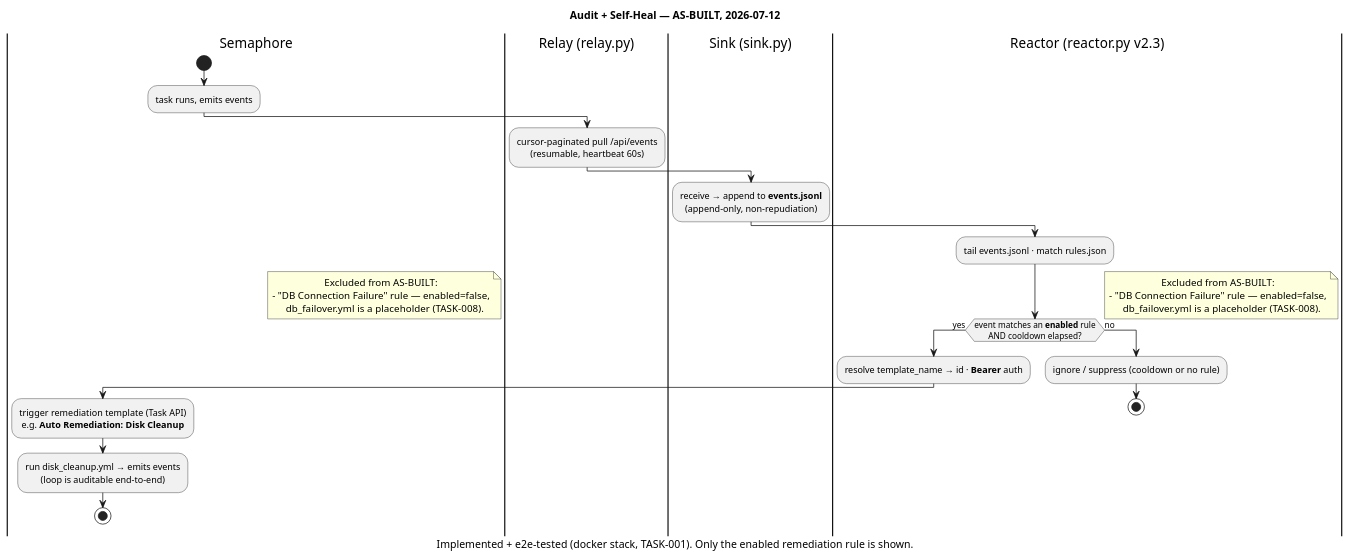
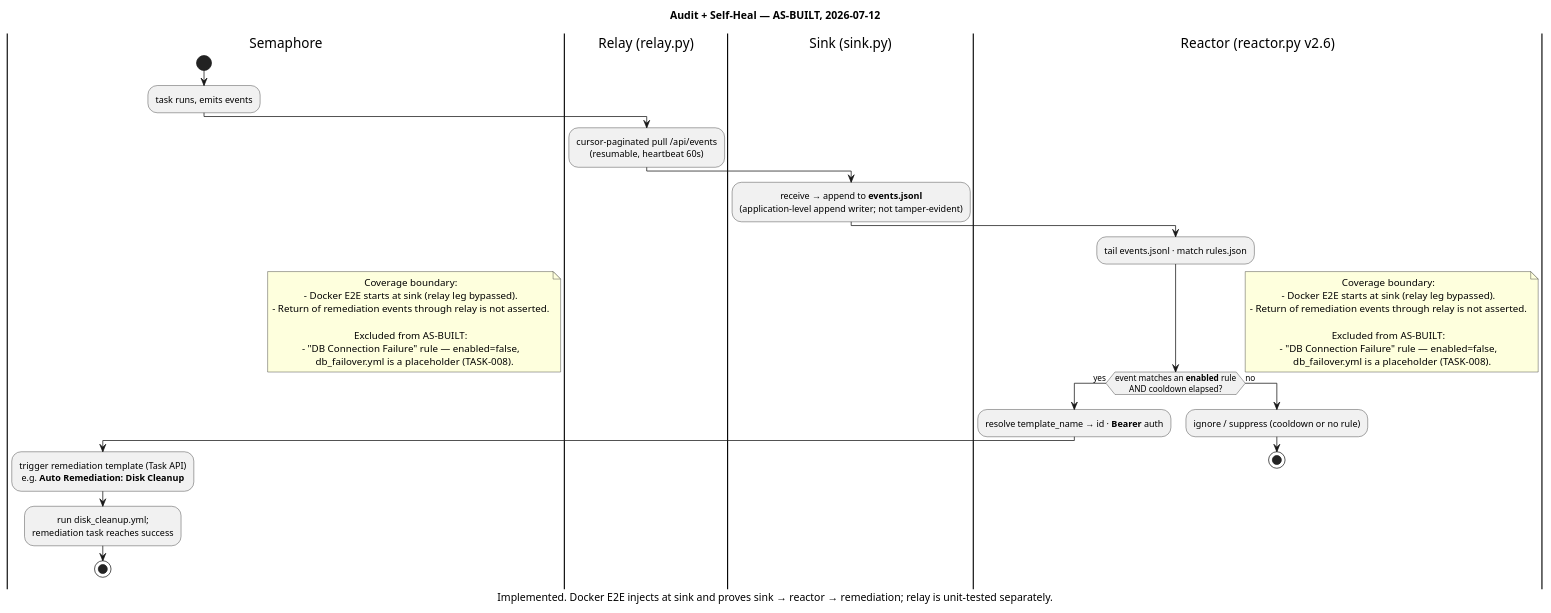
The diagram in docs/feat-target-architecture/diagrams/as-built/03-audit-selfheal-as-built.puml (taoziyoyo2566/ansispire), drawn with PlantUML before and after one commit. The commit also changed 45 other files, not shown here.

First line of the commit message:
docs(feat-target-architecture): own the diagram set in the feature hub; reconcile doc truth (round 13)

```diff
--- a/docs/feat-target-architecture/diagrams/as-built/03-audit-selfheal-as-built.puml
+++ b/docs/feat-target-architecture/diagrams/as-built/03-audit-selfheal-as-built.puml
@@ -1,33 +1,37 @@
 @startuml ansispire-audit-selfheal-as-built
 title Audit + Self-Heal — AS-BUILT, 2026-07-12
-caption Implemented + e2e-tested (docker stack, TASK-001). Only the enabled remediation rule is shown.
+caption Implemented. Docker E2E injects at sink and proves sink → reactor → remediation; relay is unit-tested separately.
 skinparam shadowing false
 skinparam defaultTextAlignment center
 
 |Semaphore|
 start
 :task runs, emits events;
 |Relay (relay.py)|
 :cursor-paginated pull /api/events\n(resumable, heartbeat 60s);
 |Sink (sink.py)|
-:receive → append to **events.jsonl**\n(append-only, non-repudiation);
-|Reactor (reactor.py v2.3)|
+:receive → append to **events.jsonl**\n(application-level append writer; not tamper-evident);
+|Reactor (reactor.py v2.6)|
 :tail events.jsonl · match rules.json;
 if (event matches an **enabled** rule\nAND cooldown elapsed?) then (yes)
   :resolve template_name → id · **Bearer** auth;
   |Semaphore|
   :trigger remediation template (Task API)\ne.g. **Auto Remediation: Disk Cleanup**;
-  :run disk_cleanup.yml → emits events\n(loop is auditable end-to-end);
+  :run disk_cleanup.yml;\nremediation task reaches success;
   stop
 else (no)
-  |Reactor (reactor.py v2.3)|
+  |Reactor (reactor.py v2.6)|
   :ignore / suppress (cooldown or no rule);
   stop
 endif
 
 note right
+  Coverage boundary:
+  - Docker E2E starts at sink (relay leg bypassed).
+  - Return of remediation events through relay is not asserted.
+
   Excluded from AS-BUILT:
   - "DB Connection Failure" rule — enabled=false,
      db_failover.yml is a placeholder (TASK-008).
 end note
 @enduml
```
